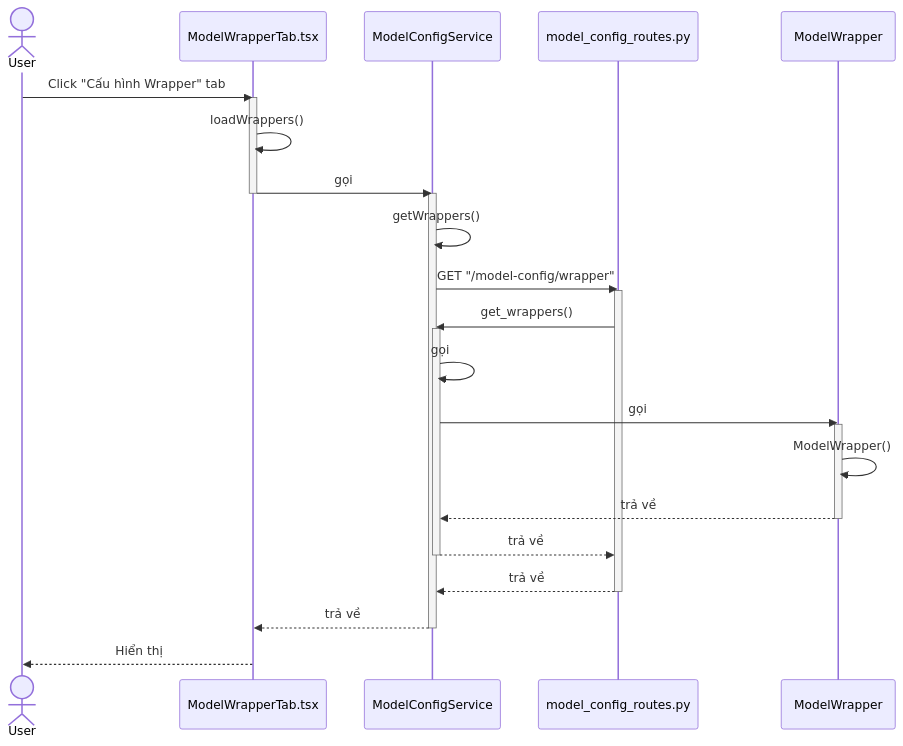
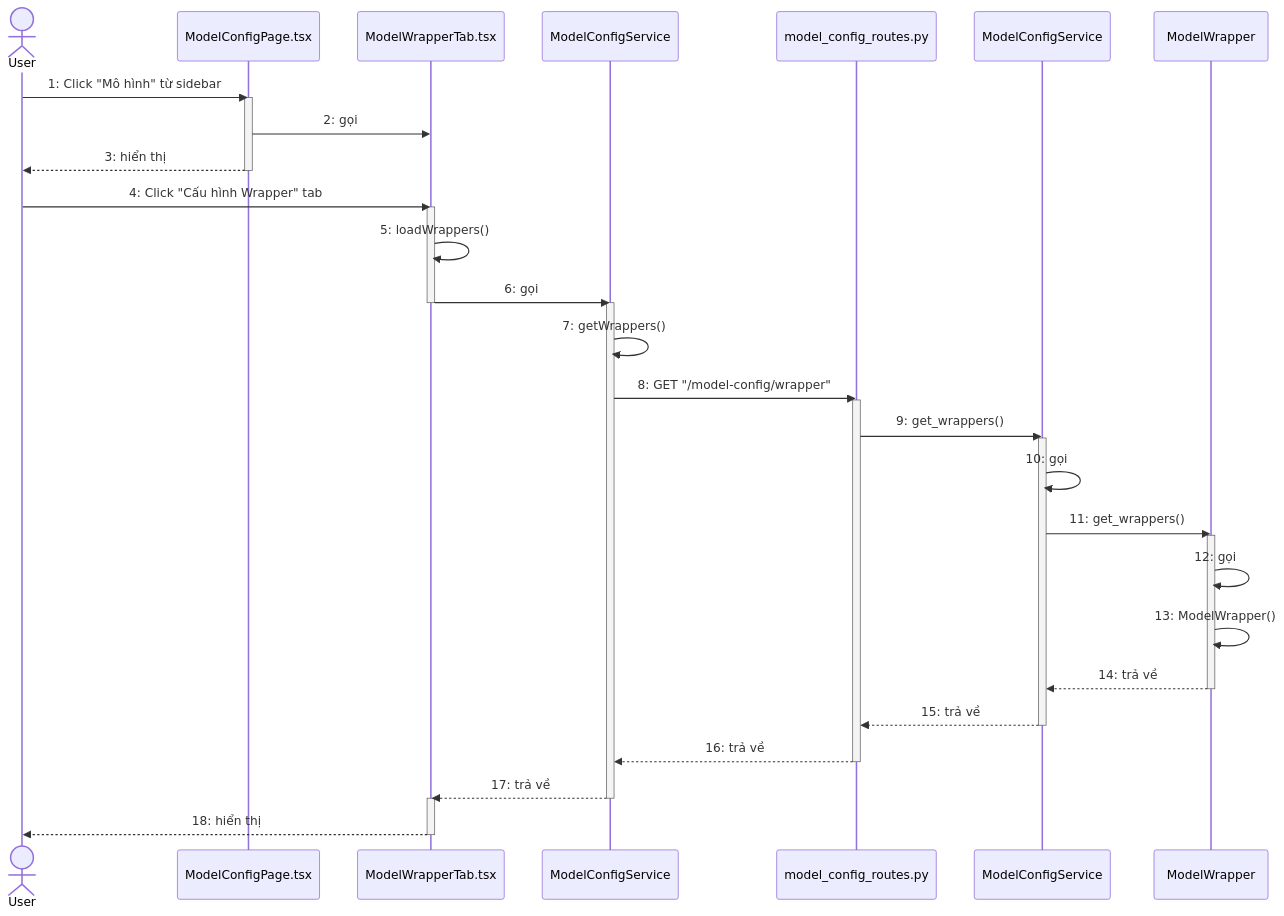
One commit to mduc-2610/gp_doc changed the sixth of 8 diagrams in model_config/4_model_config_seq.md. Above: the diagram before and after it, drawn with Mermaid. The commit also changed other lines of this file and 16 other files, not shown here.

Commit message:
update model config

````diff
--- a/model_config/4_model_config_seq.md
+++ b/model_config/4_model_config_seq.md
@@ -362,43 +373,54 @@
 ```mermaid
 sequenceDiagram
     actor User
+    participant ModelConfigPage as ModelConfigPage.tsx
     participant ModelWrapperTab as ModelWrapperTab.tsx
     participant ModelConfigService as ModelConfigService
     participant ModelConfigRoutes as model_config_routes.py
-    participant ModelConfigService as ModelConfigService
+    participant ModelConfigServiceBackend as ModelConfigService
     participant ModelWrapper as ModelWrapper
 
-    User->>ModelWrapperTab: Click "Cấu hình Wrapper" tab
+    User->>ModelConfigPage: 1: Click "Mô hình" từ sidebar
+    activate ModelConfigPage
+    
+    ModelConfigPage->>ModelWrapperTab: 2: gọi
+    ModelConfigPage-->>User: 3: hiển thị
+    deactivate ModelConfigPage
+    
+    User->>ModelWrapperTab: 4: Click "Cấu hình Wrapper" tab
     activate ModelWrapperTab
     
-    ModelWrapperTab->>ModelWrapperTab: loadWrappers()
-    ModelWrapperTab->>ModelConfigService: gọi
+    ModelWrapperTab->>ModelWrapperTab: 5: loadWrappers()
+    ModelWrapperTab->>ModelConfigService: 6: gọi
     deactivate ModelWrapperTab
     activate ModelConfigService
     
-    ModelConfigService->>ModelConfigService: getWrappers()
-    ModelConfigService->>ModelConfigRoutes: GET "/model-config/wrapper"
+    ModelConfigService->>ModelConfigService: 7: getWrappers()
+    ModelConfigService->>ModelConfigRoutes: 8: GET "/model-config/wrapper"
     activate ModelConfigRoutes
     
-    ModelConfigRoutes->>ModelConfigService: get_wrappers()
-    activate ModelConfigService
+    ModelConfigRoutes->>ModelConfigServiceBackend: 9: get_wrappers()
+    activate ModelConfigServiceBackend
     
-    ModelConfigService->>ModelConfigService: gọi
-    ModelConfigService->>ModelWrapper: gọi
+    ModelConfigServiceBackend->>ModelConfigServiceBackend: 10: gọi
+    ModelConfigServiceBackend->>ModelWrapper: 11: get_wrappers()
     activate ModelWrapper
     
-    ModelWrapper->>ModelWrapper: ModelWrapper()
-    ModelWrapper-->>ModelConfigService: trả về
+    ModelWrapper->>ModelWrapper: 12: gọi
+    ModelWrapper->>ModelWrapper: 13: ModelWrapper()
+    ModelWrapper-->>ModelConfigServiceBackend: 14: trả về
     deactivate ModelWrapper
     
-    ModelConfigService-->>ModelConfigRoutes: trả về
+    ModelConfigServiceBackend-->>ModelConfigRoutes: 15: trả về
+    deactivate ModelConfigServiceBackend
+    
+    ModelConfigRoutes-->>ModelConfigService: 16: trả về
+    deactivate ModelConfigRoutes
+    
+    ModelConfigService-->>ModelWrapperTab: 17: trả về
     deactivate ModelConfigService
     
-    ModelConfigRoutes-->>ModelConfigService: trả về
-    deactivate ModelConfigRoutes
-    
-    ModelConfigService-->>ModelWrapperTab: trả về
-    deactivate ModelConfigService
-    
-    ModelWrapperTab-->>User: Hiển thị
+    activate ModelWrapperTab
+    ModelWrapperTab-->>User: 18: hiển thị
+    deactivate ModelWrapperTab
 ```
````
